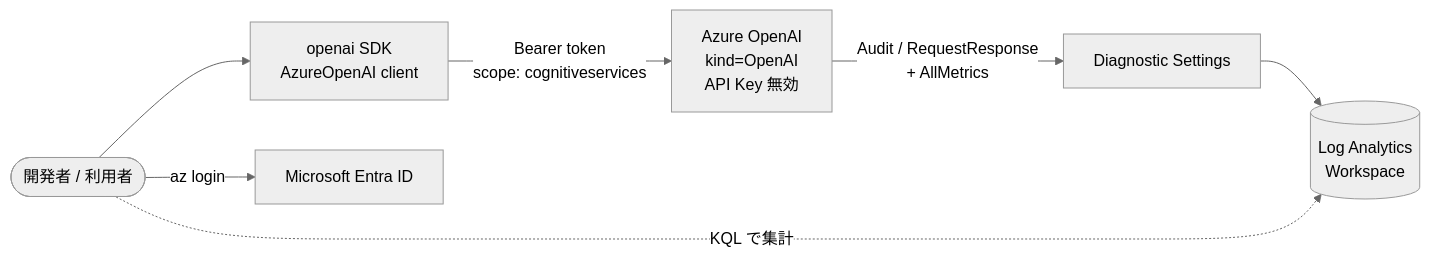
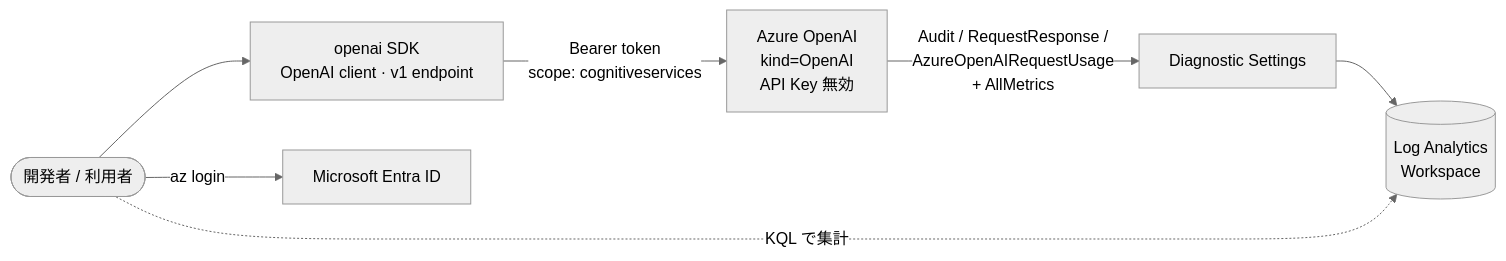
The first of 2 diagrams in pattern-1-entra-direct/README.md (h-morozumi/foundry-usage-tracking-patterns), drawn with Mermaid (neutral theme) before and after one commit. The commit also changed other lines of this file and 11 other files, not shown here.

````diff
--- a/pattern-1-entra-direct/README.md
+++ b/pattern-1-entra-direct/README.md
@@ -11,15 +22,15 @@
 ```mermaid
 flowchart LR
     User([開発者 / 利用者])
-    SDK[openai SDK<br/>AzureOpenAI client]
+    SDK[openai SDK<br/>OpenAI client · v1 endpoint]
     Entra[Microsoft Entra ID]
     AOAI[Azure OpenAI<br/>kind=OpenAI<br/>API Key 無効]
     Diag[Diagnostic Settings]
     LA[(Log Analytics<br/>Workspace)]
 
     User -->|az login| Entra
     User --> SDK
     SDK -->|Bearer token<br/>scope: cognitiveservices| AOAI
-    AOAI -->|Audit / RequestResponse<br/>+ AllMetrics| Diag --> LA
+    AOAI -->|Audit / RequestResponse /<br/>AzureOpenAIRequestUsage<br/>+ AllMetrics| Diag --> LA
     User -.->|KQL で集計| LA
 ```
````
